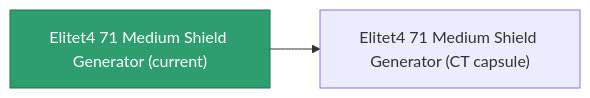
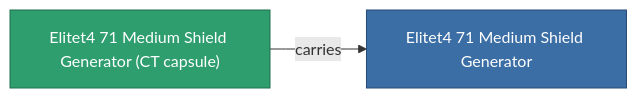
The diagram in content/content/items/elitet4_71_medium_shield_generator.md (OpenPerpetuum/Wiki), drawn with Mermaid before and after one commit. The commit also changed other lines of this file and 2015 other files, not shown here.

````diff
--- a/content/content/items/elitet4_71_medium_shield_generator.md
+++ b/content/content/items/elitet4_71_medium_shield_generator.md
@@ -37,8 +37,9 @@
 ```mermaid
 graph LR
-    a["Elitet4 71 Medium Shield Generator (current)"]:::current
-    b["Elitet4 71 Medium Shield Generator (CT capsule)"]
-    a --> b
-    click b "/content/items/elitet4-71-medium-shield-generator-ct-capsule/" "Elitet4 71 Medium Shield Generator (CT capsule)"
+    a["Elitet4 71 Medium Shield Generator (CT capsule)"]:::current
+    b["Elitet4 71 Medium Shield Generator"]:::finished
+    a -->|carries| b
+                click b "/content/items/elitet4-71-medium-shield-generator/" "Elitet4 71 Medium Shield Generator"
     classDef current fill:#2f9e6f,stroke:#1f6f4a,color:#ffffff
+    classDef finished fill:#3b6ea5,stroke:#274a75,color:#ffffff
 ```
````
